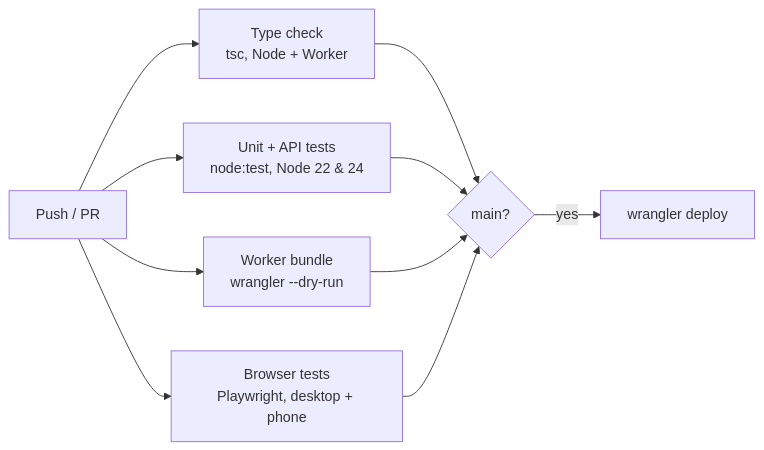
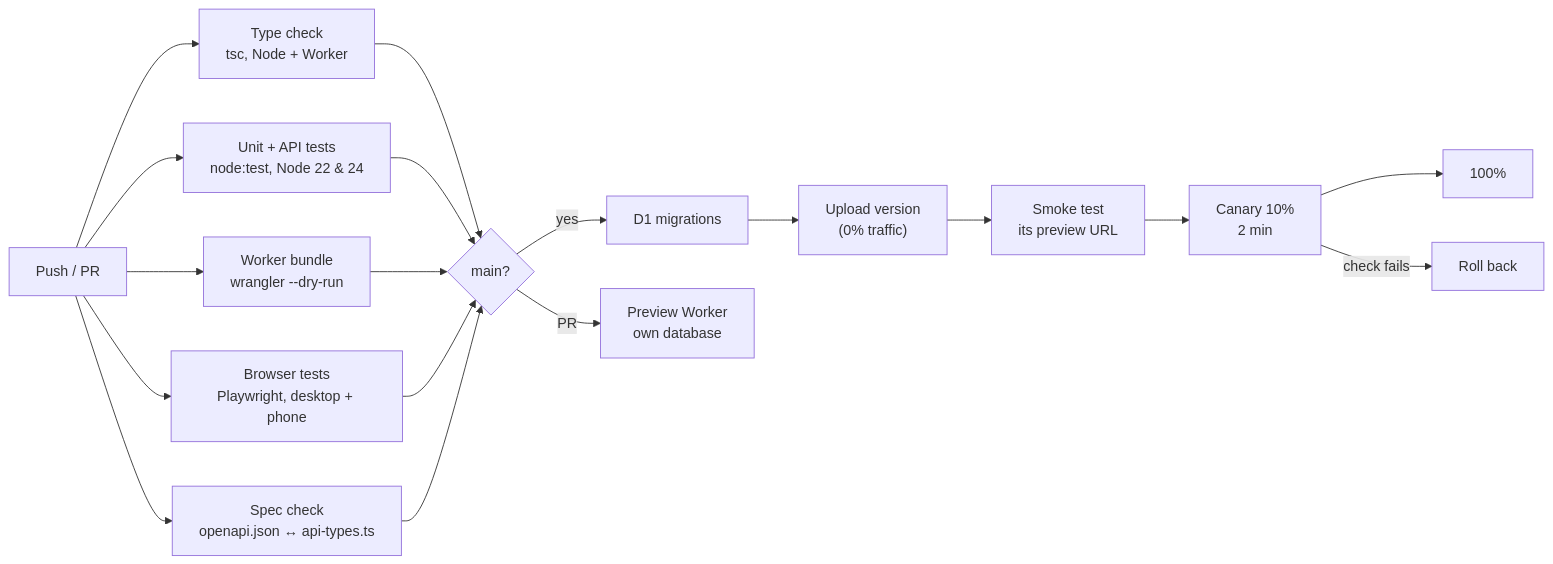
One commit to gh1d0ra/budgedora changed the fifth of 5 diagrams in docs/architecture.md. Above: the diagram before and after it, drawn with Mermaid. The commit also changed other lines of this file and 37 other files, not shown here.

````diff
--- a/docs/architecture.md
+++ b/docs/architecture.md
@@ -163,9 +163,12 @@
 ```mermaid
 flowchart LR
   PR["Push / PR"] --> TC["Type check<br/>tsc, Node + Worker"]
   PR --> UT["Unit + API tests<br/>node:test, Node 22 & 24"]
   PR --> WB["Worker bundle<br/>wrangler --dry-run"]
   PR --> E2E["Browser tests<br/>Playwright, desktop + phone"]
-  TC & UT & WB & E2E --> D{"main?"}
-  D -->|yes| DEP["wrangler deploy"]
+  PR --> API["Spec check<br/>openapi.json ↔ api-types.ts"]
+  TC & UT & WB & E2E & API --> D{"main?"}
+  D -->|yes| MIG["D1 migrations"] --> UP["Upload version<br/>(0% traffic)"] --> SMK["Smoke test<br/>its preview URL"] --> CAN["Canary 10%<br/>2 min"] --> PRO["100%"]
+  CAN -->|check fails| RB["Roll back"]
+  D -->|PR| PRV["Preview Worker<br/>own database"]
 ```
````
